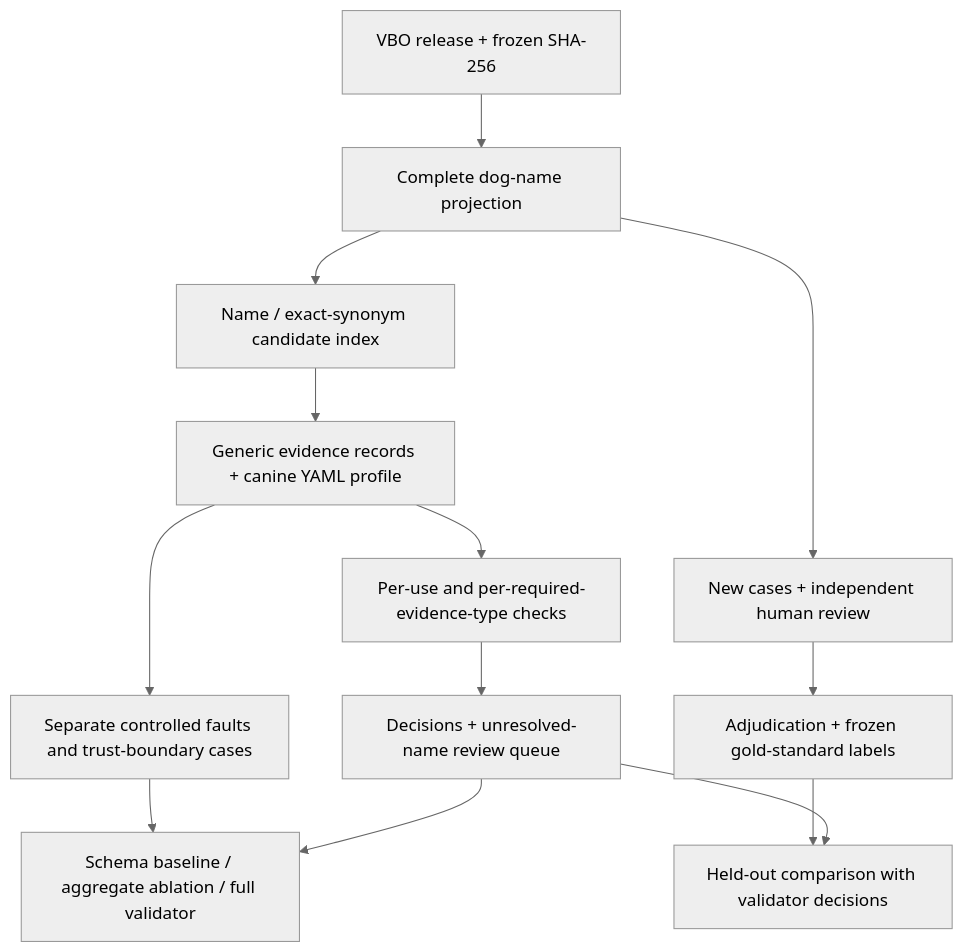
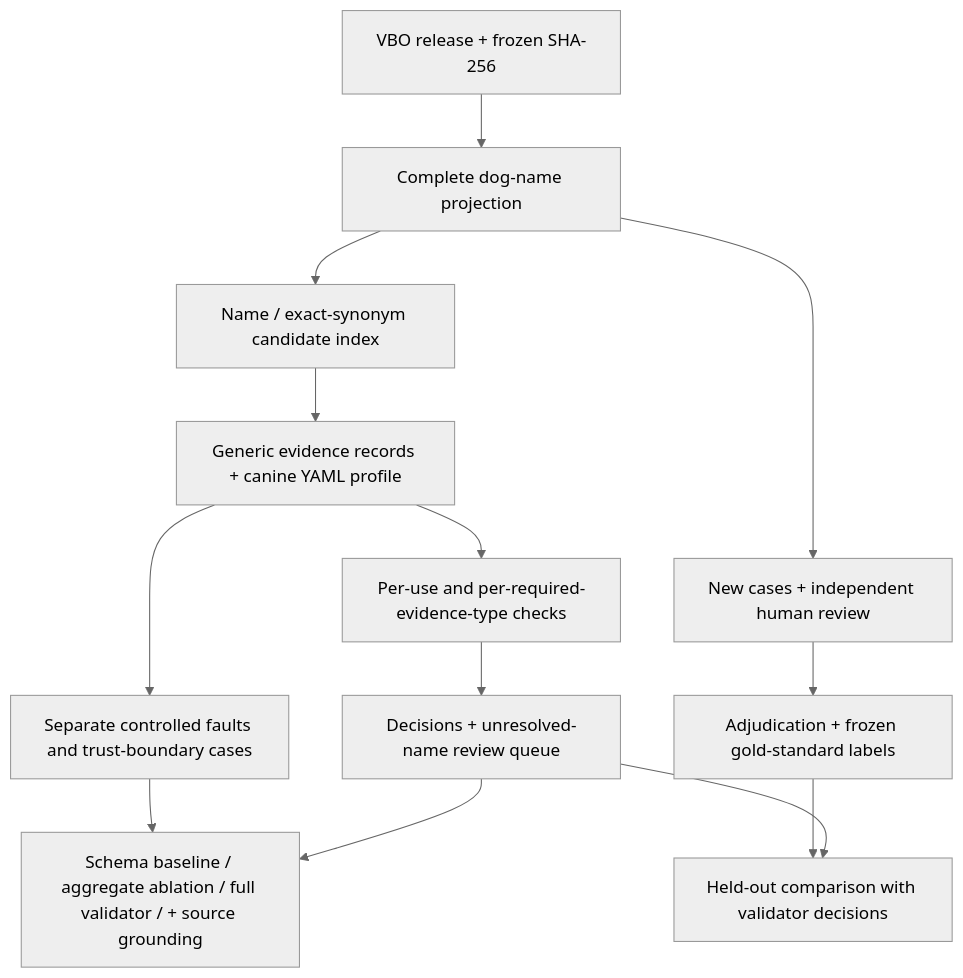
One commit to NingyuSUN/bioai-evidence-validator changed the diagram in examples/vbo_canine/README.md. Above: the diagram before and after it, drawn with Mermaid (neutral theme). The commit also changed other lines of this file and 31 other files, not shown here.

First line of the commit message:
Add source grounding: recompute what records assert from pinned snapshots

````diff
--- a/examples/vbo_canine/README.md
+++ b/examples/vbo_canine/README.md
@@ -24,15 +24,15 @@
 ```mermaid
 flowchart TD
     A["VBO release + frozen SHA-256"] --> B["Complete dog-name projection"]
     B --> C["Name / exact-synonym candidate index"]
     C --> D["Generic evidence records + canine YAML profile"]
     D --> E["Per-use and per-required-evidence-type checks"]
     E --> F["Decisions + unresolved-name review queue"]
     D --> G["Separate controlled faults and trust-boundary cases"]
-    G --> H["Schema baseline / aggregate ablation / full validator"]
+    G --> H["Schema baseline / aggregate ablation / full validator / + source grounding"]
     F --> H
     B --> I["New cases + independent human review"]
     I --> J["Adjudication + frozen gold-standard labels"]
     J --> K["Held-out comparison with validator decisions"]
     F --> K
 ```
````
